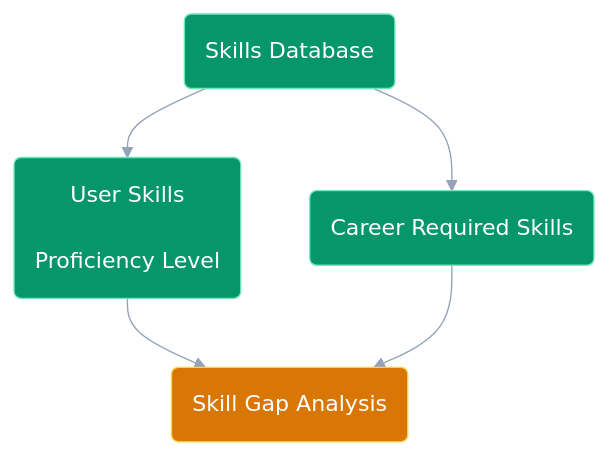
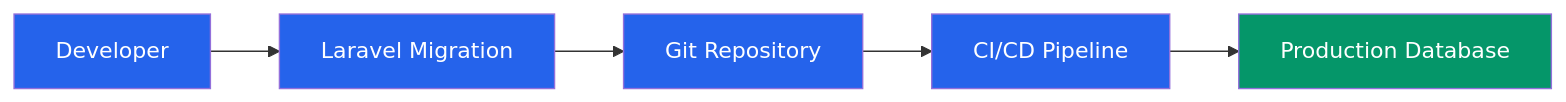
The ninth of 16 diagrams in documentation/04-database-design.md (kupiMZS/CareerIQ-AI), drawn with Mermaid before and after one commit. The commit also changed other lines of this file and 9 other files, not shown here.

Commit message:
docs: finalize complete system documentation and architecture foundation

````diff
--- a/documentation/04-database-design.md
+++ b/documentation/04-database-design.md
@@ -977,47 +2546,40 @@
 ```mermaid
-%%{init:{
-'theme':'base',
-'themeVariables':{
-'fontFamily':'Inter',
-'lineColor':'#94A3B8'
-}
-}}%%
+flowchart LR
 
 
-flowchart TB
+DEVELOPER["Developer"]
 
 
-SKILLS("Skills Database")
+MIGRATION["Laravel Migration"]
 
 
-USERSKILL("User Skills<br/><br/>Proficiency Level")
+GIT["Git Repository"]
 
 
-CAREERSKILL("Career Required Skills")
+CICD["CI/CD Pipeline"]
 
 
-GAP("Skill Gap Analysis")
+DATABASE["Production Database"]
 
 
 
-SKILLS --> USERSKILL
+DEVELOPER --> MIGRATION
 
-SKILLS --> CAREERSKILL
+MIGRATION --> GIT
 
-USERSKILL --> GAP
+GIT --> CICD
 
-CAREERSKILL --> GAP
+CICD --> DATABASE
 
 
 
-classDef database fill:#059669,stroke:#6EE7B7,color:#FFFFFF;
+classDef process fill:#2563EB,color:white;
 
-classDef ai fill:#D97706,stroke:#FCD34D,color:#FFFFFF;
+classDef database fill:#059669,color:white;
 
 
+class DEVELOPER,MIGRATION,GIT,CICD process;
 
-class SKILLS,USERSKILL,CAREERSKILL database;
-
-class GAP ai;
+class DATABASE database;
 
 ```
````
